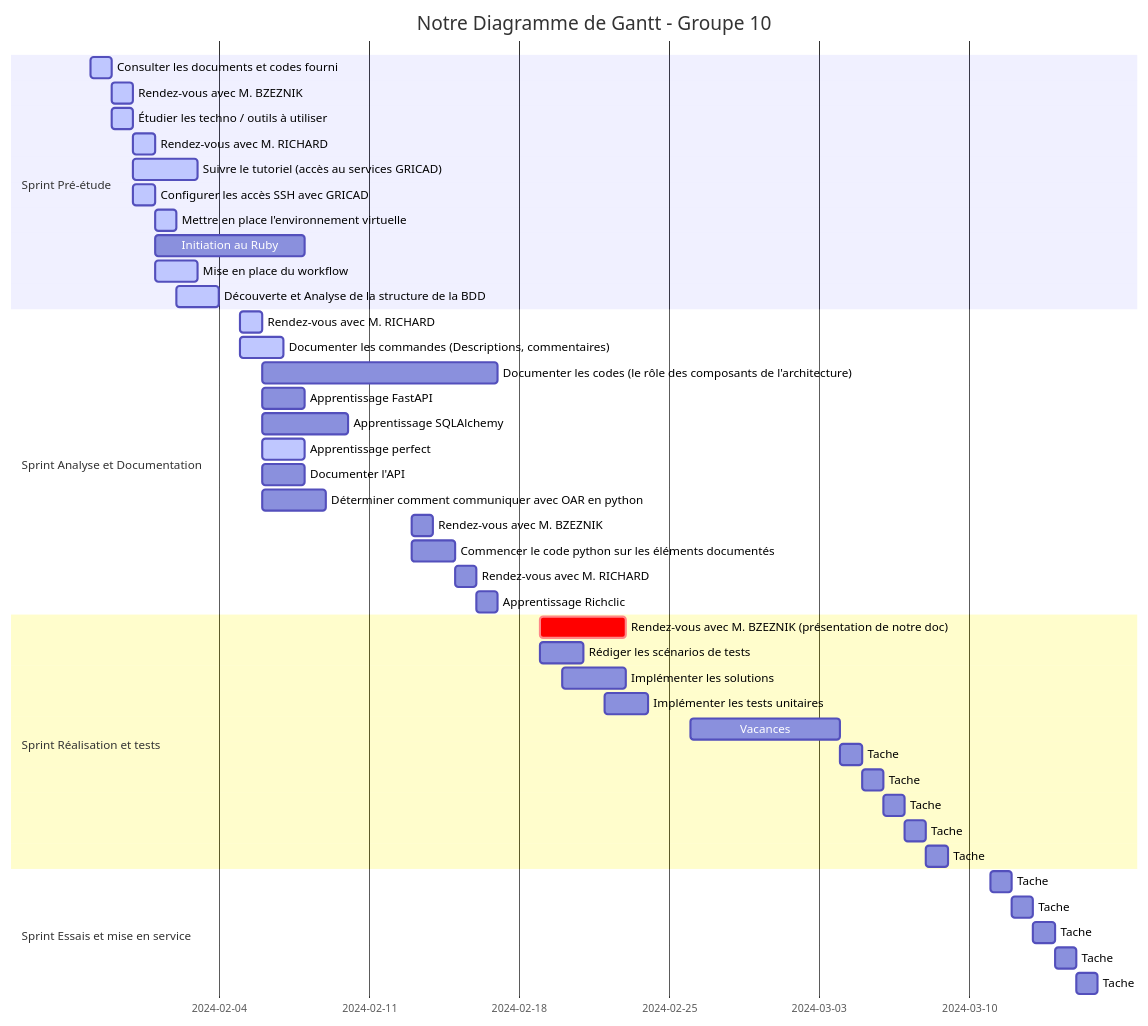
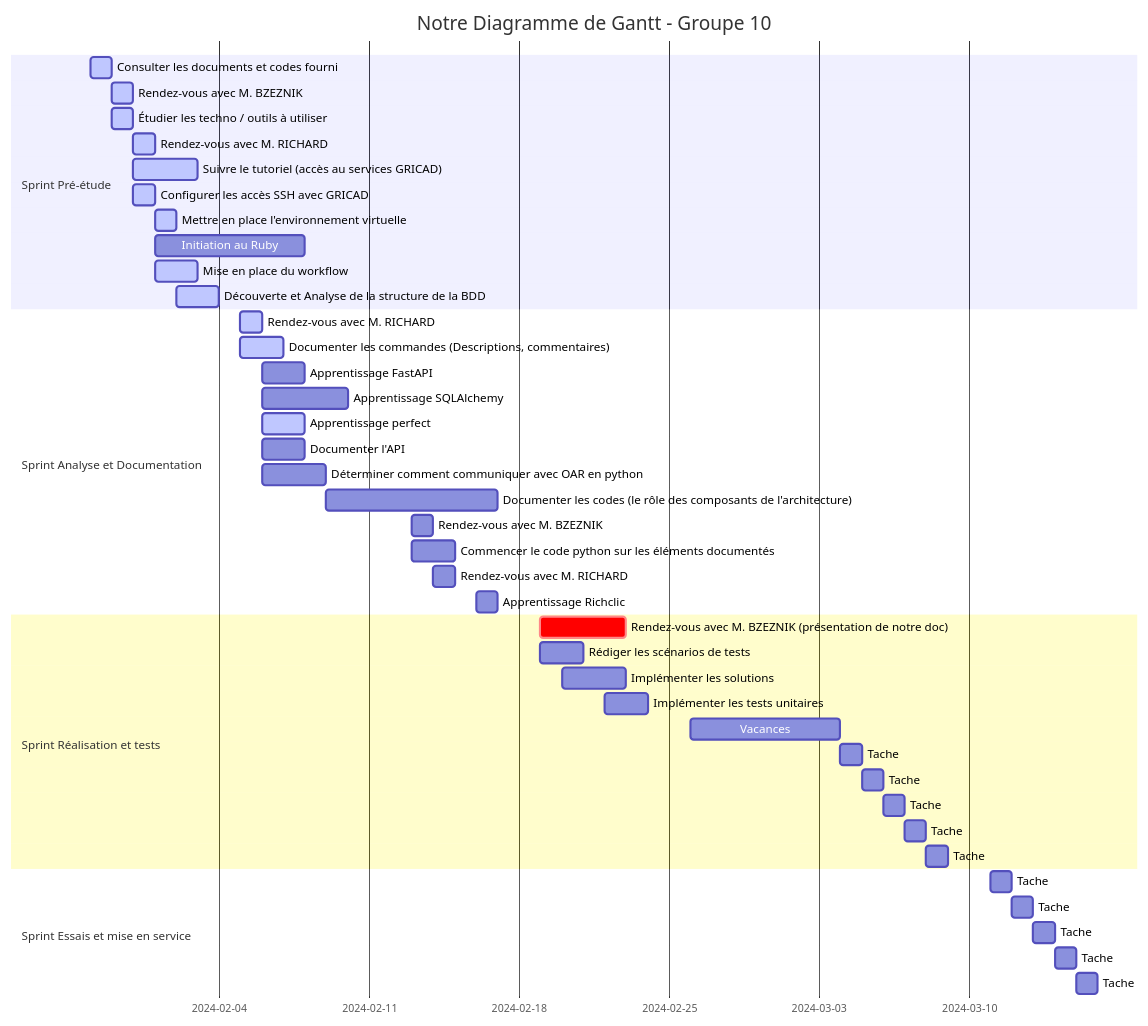
Before and after one commit to 2023-2024-PROJET-S10-G10/docs: the diagram in gantt_diagram.md, drawn with Mermaid. The commit also changed 2 other files, not shown here.

Commit message:
updated logbook, gantt and daily

````diff
--- a/gantt_diagram.md
+++ b/gantt_diagram.md
@@ -1,46 +1,46 @@
 ```mermaid
 gantt
     title Notre Diagramme de Gantt - Groupe 10
     dateFormat YYYY-MM-DD
     section Sprint Pré-étude
         Consulter les documents et codes fourni                         :active, 2024-01-29, 1d
         Rendez-vous avec M. BZEZNIK                                     :active, 2024-01-30, 1d
         Étudier les techno / outils à utiliser                          :active, 2024-01-30, 1d
         Rendez-vous avec M. RICHARD                                     :active, 2024-01-31, 1d
         Suivre le tutoriel (accès au services GRICAD)                   :active, 2024-01-31, 3d
         Configurer les accès SSH avec GRICAD                            :active, 2024-01-31, 1d
         Mettre en place l'environnement virtuelle                       :active, 2024-02-01, 1d
         Initiation au Ruby                                              : 2024-02-01, 7d
         Mise en place du workflow                                       :active, 2024-02-01, 2d
         Découverte et Analyse de la structure de la BDD                 :active, 2024-02-02, 2d
     section Sprint Analyse et Documentation
         Rendez-vous avec M. RICHARD                                     :active, 2024-02-05, 1d
         Documenter les commandes (Descriptions, commentaires)           :active, 2024-02-05, 2d
-        Documenter les codes (le rôle des composants de l'architecture) : 2024-02-06, 11d
         Apprentissage FastAPI                                           : 2024-02-06, 2d
         Apprentissage SQLAlchemy                                        : 2024-02-06, 4d
         Apprentissage perfect                                           :active, 2024-02-06, 2d
         Documenter l'API                                                : 2024-02-06, 2d
         Déterminer comment communiquer avec OAR en python               : 2024-02-06, 3d
+        Documenter les codes (le rôle des composants de l'architecture) : 2024-02-09, 8d
         Rendez-vous avec M. BZEZNIK                                     : 2024-02-13, 1d
         Commencer le code python sur les éléments documentés            : 2024-02-13, 2d
-        Rendez-vous avec M. RICHARD                                     : 2024-02-15, 1d
+        Rendez-vous avec M. RICHARD                                     : 2024-02-14, 1d
         Apprentissage Richclic                                          : 2024-02-16, 1d
     section Sprint Réalisation et tests
         Rendez-vous avec M. BZEZNIK (présentation de notre doc)         :crit, 2024-02-19, 4d
         Rédiger les scénarios de tests                                  : 2024-02-19, 2d
         Implémenter les solutions                                       : 2024-02-20, 3d
         Implémenter les tests unitaires                                 : 2024-02-22, 2d
         Vacances                                                        : 2024-02-26, 7d
         Tache                        : 2024-03-04, 1d
         Tache                        : 2024-03-05, 1d
         Tache                        : 2024-03-06, 1d
         Tache                        : 2024-03-07, 1d
         Tache                        : 2024-03-08, 1d
     section Sprint Essais et mise en service
         Tache                        : 2024-03-11, 1d
         Tache                        : 2024-03-12, 1d
         Tache                        : 2024-03-13, 1d
         Tache                        : 2024-03-14, 1d
         Tache                        : 2024-03-15, 1d
 ```
````
